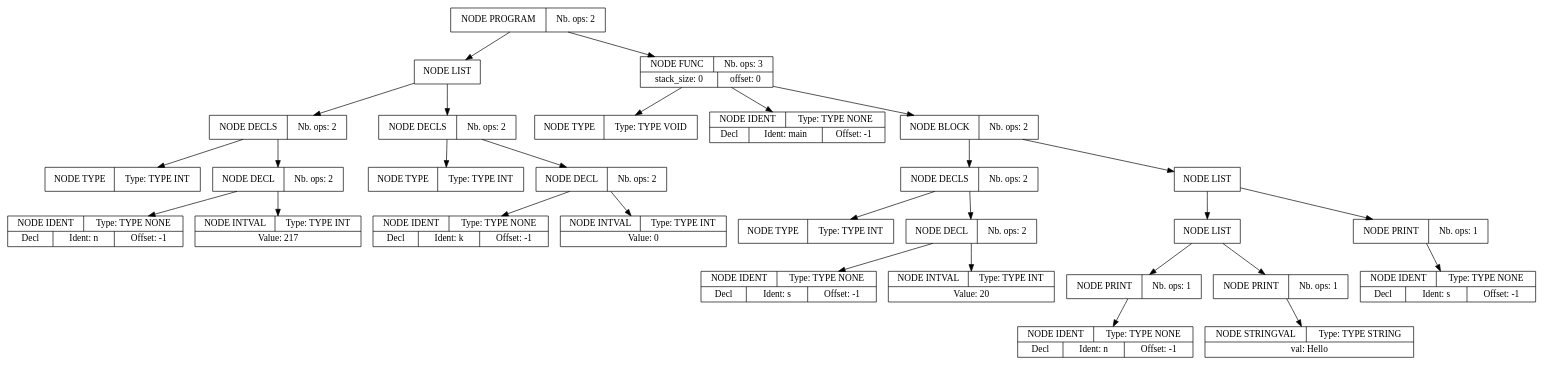
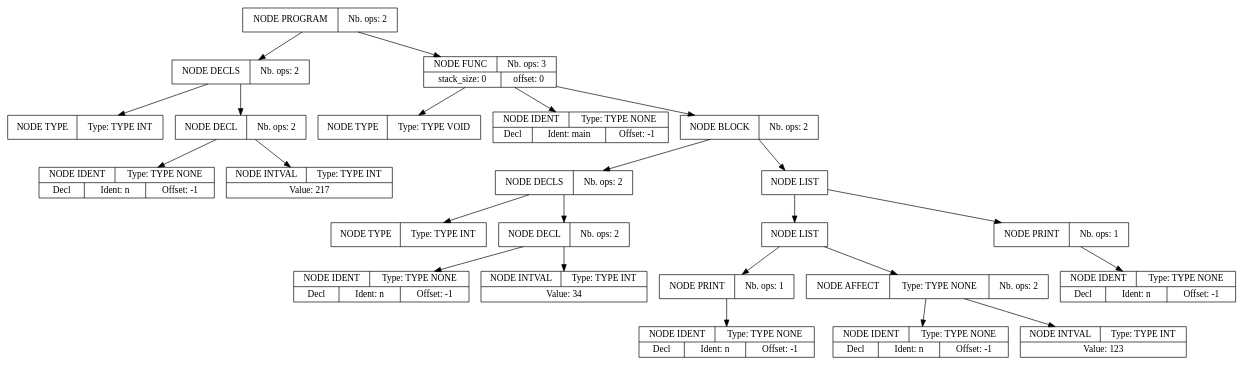
Before and after one commit to Serial-DeV/Compilation: the diagram in projet_compilation_src/tools/apres_syntaxe.dot, drawn with Graphviz. The commit also changed 13 other files, not shown here.

```diff
--- a/projet_compilation_src/tools/apres_syntaxe.dot
+++ b/projet_compilation_src/tools/apres_syntaxe.dot
@@ -1,87 +1,72 @@
 digraph global_vars {
     N1 [shape=record, label="{{NODE PROGRAM|Nb. ops: 2}}"];
-    N2 [shape=record, label="{{NODE LIST}}"];
-    N3 [shape=record, label="{{NODE DECLS|Nb. ops: 2}}"];
-    N4 [shape=record, label="{{NODE TYPE|Type: TYPE INT}}"];
-    edge[tailclip=true];
-    N3 -> N4
-    N5 [shape=record, label="{{NODE DECL|Nb. ops: 2}}"];
-    N6 [shape=record, label="{{NODE IDENT|Type: TYPE NONE}|{<decl>Decl      |Ident: n|Offset: -1}}"];
-    edge[tailclip=true];
-    N5 -> N6
-    N7 [shape=record, label="{{NODE INTVAL|Type: TYPE INT}|{Value: 217}}"];
-    edge[tailclip=true];
-    N5 -> N7
-    edge[tailclip=true];
-    N3 -> N5
+    N2 [shape=record, label="{{NODE DECLS|Nb. ops: 2}}"];
+    N3 [shape=record, label="{{NODE TYPE|Type: TYPE INT}}"];
     edge[tailclip=true];
     N2 -> N3
-    N8 [shape=record, label="{{NODE DECLS|Nb. ops: 2}}"];
-    N9 [shape=record, label="{{NODE TYPE|Type: TYPE INT}}"];
+    N4 [shape=record, label="{{NODE DECL|Nb. ops: 2}}"];
+    N5 [shape=record, label="{{NODE IDENT|Type: TYPE NONE}|{<decl>Decl      |Ident: n|Offset: -1}}"];
     edge[tailclip=true];
-    N8 -> N9
-    N10 [shape=record, label="{{NODE DECL|Nb. ops: 2}}"];
-    N11 [shape=record, label="{{NODE IDENT|Type: TYPE NONE}|{<decl>Decl      |Ident: k|Offset: -1}}"];
+    N4 -> N5
+    N6 [shape=record, label="{{NODE INTVAL|Type: TYPE INT}|{Value: 217}}"];
+    edge[tailclip=true];
+    N4 -> N6
+    edge[tailclip=true];
+    N2 -> N4
+    edge[tailclip=true];
+    N1 -> N2
+    N7 [shape=record, label="{{NODE FUNC|Nb. ops: 3}|{stack_size: 0|offset: 0}}"];
+    N8 [shape=record, label="{{NODE TYPE|Type: TYPE VOID}}"];
+    edge[tailclip=true];
+    N7 -> N8
+    N9 [shape=record, label="{{NODE IDENT|Type: TYPE NONE}|{<decl>Decl      |Ident: main|Offset: -1}}"];
+    edge[tailclip=true];
+    N7 -> N9
+    N10 [shape=record, label="{{NODE BLOCK|Nb. ops: 2}}"];
+    N11 [shape=record, label="{{NODE DECLS|Nb. ops: 2}}"];
+    N12 [shape=record, label="{{NODE TYPE|Type: TYPE INT}}"];
+    edge[tailclip=true];
+    N11 -> N12
+    N13 [shape=record, label="{{NODE DECL|Nb. ops: 2}}"];
+    N14 [shape=record, label="{{NODE IDENT|Type: TYPE NONE}|{<decl>Decl      |Ident: n|Offset: -1}}"];
+    edge[tailclip=true];
+    N13 -> N14
+    N15 [shape=record, label="{{NODE INTVAL|Type: TYPE INT}|{Value: 34}}"];
+    edge[tailclip=true];
+    N13 -> N15
+    edge[tailclip=true];
+    N11 -> N13
     edge[tailclip=true];
     N10 -> N11
-    N12 [shape=record, label="{{NODE INTVAL|Type: TYPE INT}|{Value: 0}}"];
+    N16 [shape=record, label="{{NODE LIST}}"];
+    N17 [shape=record, label="{{NODE LIST}}"];
+    N18 [shape=record, label="{{NODE PRINT|Nb. ops: 1}}"];
+    N19 [shape=record, label="{{NODE IDENT|Type: TYPE NONE}|{<decl>Decl      |Ident: n|Offset: -1}}"];
     edge[tailclip=true];
-    N10 -> N12
-    edge[tailclip=true];
-    N8 -> N10
-    edge[tailclip=true];
-    N2 -> N8
-    edge[tailclip=true];
-    N1 -> N2
-    N13 [shape=record, label="{{NODE FUNC|Nb. ops: 3}|{stack_size: 0|offset: 0}}"];
-    N14 [shape=record, label="{{NODE TYPE|Type: TYPE VOID}}"];
-    edge[tailclip=true];
-    N13 -> N14
-    N15 [shape=record, label="{{NODE IDENT|Type: TYPE NONE}|{<decl>Decl      |Ident: main|Offset: -1}}"];
-    edge[tailclip=true];
-    N13 -> N15
-    N16 [shape=record, label="{{NODE BLOCK|Nb. ops: 2}}"];
-    N17 [shape=record, label="{{NODE DECLS|Nb. ops: 2}}"];
-    N18 [shape=record, label="{{NODE TYPE|Type: TYPE INT}}"];
+    N18 -> N19
     edge[tailclip=true];
     N17 -> N18
-    N19 [shape=record, label="{{NODE DECL|Nb. ops: 2}}"];
-    N20 [shape=record, label="{{NODE IDENT|Type: TYPE NONE}|{<decl>Decl      |Ident: s|Offset: -1}}"];
+    N20 [shape=record, label="{{NODE AFFECT|Type: TYPE NONE|Nb. ops: 2}}"];
+    N21 [shape=record, label="{{NODE IDENT|Type: TYPE NONE}|{<decl>Decl      |Ident: n|Offset: -1}}"];
     edge[tailclip=true];
-    N19 -> N20
-    N21 [shape=record, label="{{NODE INTVAL|Type: TYPE INT}|{Value: 20}}"];
+    N20 -> N21
+    N22 [shape=record, label="{{NODE INTVAL|Type: TYPE INT}|{Value: 123}}"];
     edge[tailclip=true];
-    N19 -> N21
+    N20 -> N22
     edge[tailclip=true];
-    N17 -> N19
+    N17 -> N20
     edge[tailclip=true];
     N16 -> N17
-    N22 [shape=record, label="{{NODE LIST}}"];
-    N23 [shape=record, label="{{NODE LIST}}"];
-    N24 [shape=record, label="{{NODE PRINT|Nb. ops: 1}}"];
-    N25 [shape=record, label="{{NODE IDENT|Type: TYPE NONE}|{<decl>Decl      |Ident: n|Offset: -1}}"];
-    edge[tailclip=true];
-    N24 -> N25
+    N23 [shape=record, label="{{NODE PRINT|Nb. ops: 1}}"];
+    N24 [shape=record, label="{{NODE IDENT|Type: TYPE NONE}|{<decl>Decl      |Ident: n|Offset: -1}}"];
     edge[tailclip=true];
     N23 -> N24
-    N26 [shape=record, label="{{NODE PRINT|Nb. ops: 1}}"];
-    N27 [shape=record, label="{{NODE STRINGVAL|Type: TYPE STRING}|{val: Hello\n}}"];
     edge[tailclip=true];
-    N26 -> N27
+    N16 -> N23
     edge[tailclip=true];
-    N23 -> N26
+    N10 -> N16
     edge[tailclip=true];
-    N22 -> N23
-    N28 [shape=record, label="{{NODE PRINT|Nb. ops: 1}}"];
-    N29 [shape=record, label="{{NODE IDENT|Type: TYPE NONE}|{<decl>Decl      |Ident: s|Offset: -1}}"];
+    N7 -> N10
     edge[tailclip=true];
-    N28 -> N29
-    edge[tailclip=true];
-    N22 -> N28
-    edge[tailclip=true];
-    N16 -> N22
-    edge[tailclip=true];
-    N13 -> N16
-    edge[tailclip=true];
-    N1 -> N13
+    N1 -> N7
 }
```
